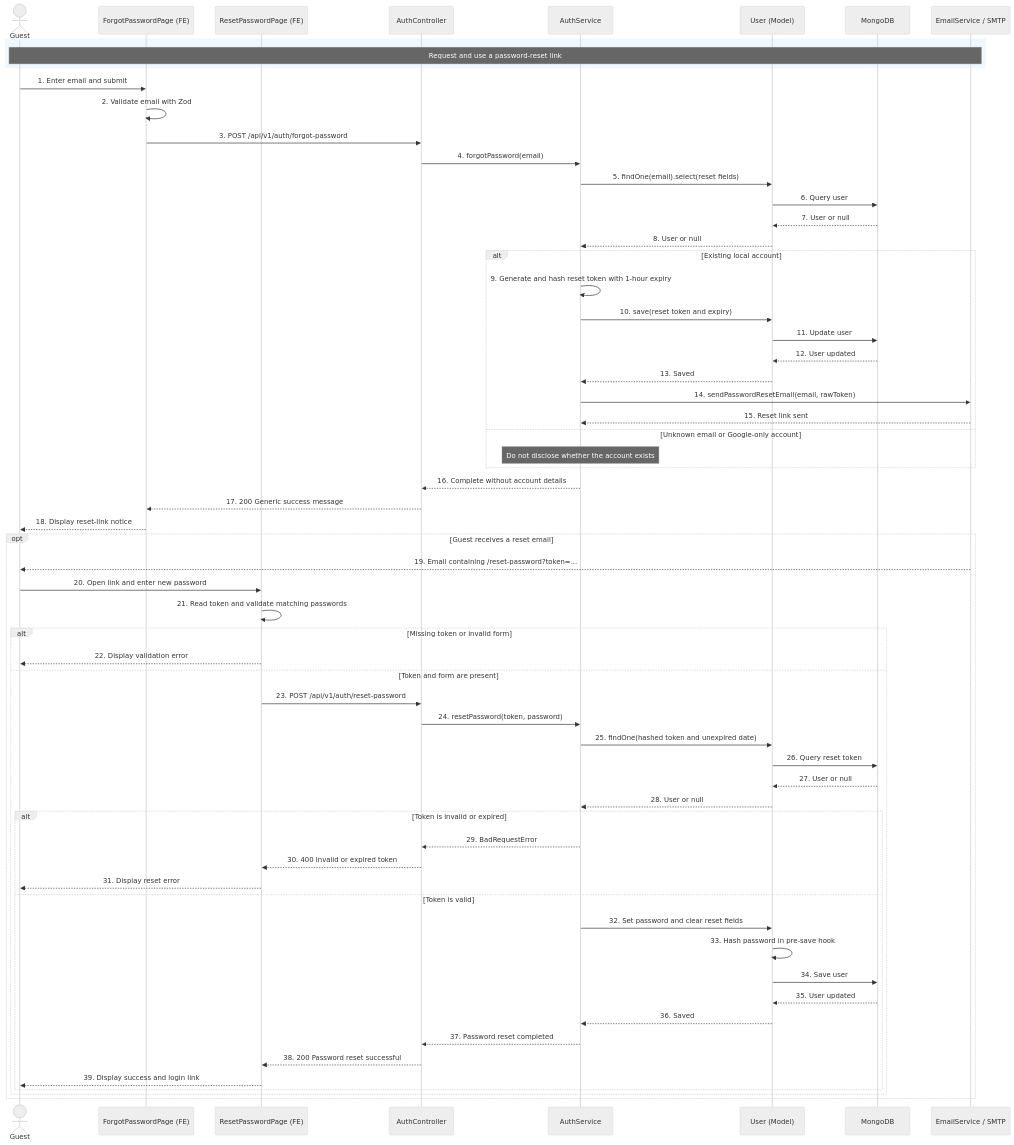
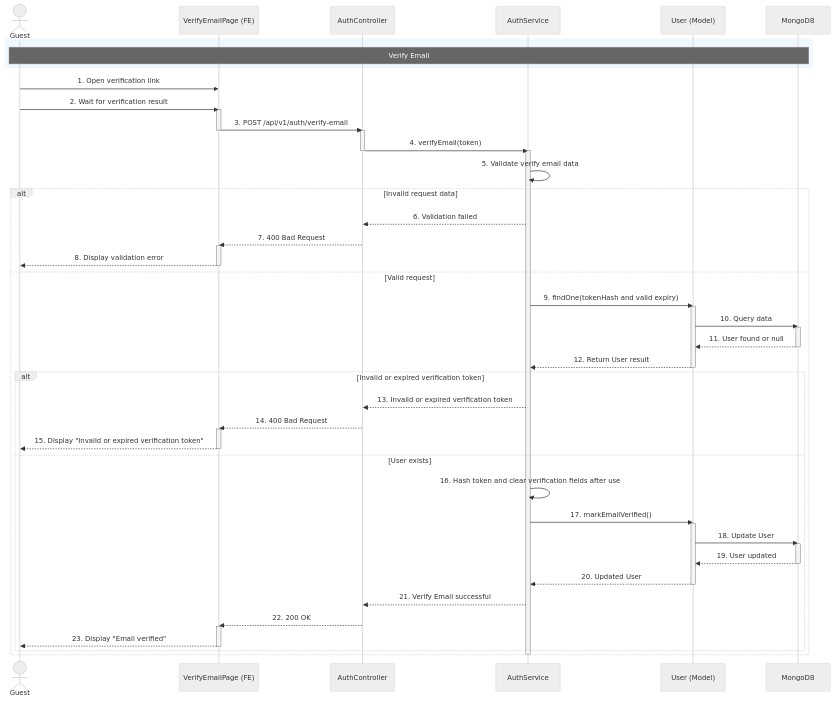
Before and after one commit to SUMMER2026SE/wdp301-rbl-project-wdp_se18d08_group-5: the eighth of 60 diagrams in docs/19_Detailed_Design.md, drawn with Mermaid (neutral theme). The commit also changed other lines of this file, not shown here.

````diff
--- a/docs/19_Detailed_Design.md
+++ b/docs/19_Detailed_Design.md
@@ -426,72 +574,71 @@
 ```mermaid
 sequenceDiagram
-    actor Guest
-    participant ForgotFE as ForgotPasswordPage (FE)
-    participant ResetFE as ResetPasswordPage (FE)
+    actor A as Guest
+    participant FE as VerifyEmailPage (FE)
     participant Ctrl as AuthController
     participant Svc as AuthService
     participant Model as User (Model)
     participant DB as MongoDB
-    participant Mail as EmailService / SMTP
 
     rect rgb(240,248,255)
-        Note over Guest,Mail: Request and use a password-reset link
+        Note over A,DB: Verify Email
     end
 
-    Guest->>ForgotFE: 1. Enter email and submit
-    ForgotFE->>ForgotFE: 2. Validate email with Zod
-    ForgotFE->>Ctrl: 3. POST /api/v1/auth/forgot-password
-    Ctrl->>Svc: 4. forgotPassword(email)
-    Svc->>Model: 5. findOne(email).select(reset fields)
-    Model->>DB: 6. Query user
-    DB-->>Model: 7. User or null
-    Model-->>Svc: 8. User or null
+    A->>FE: 1. Open verification link
+    A->>FE: 2. Wait for verification result
 
-    alt Existing local account
-        Svc->>Svc: 9. Generate and hash reset token with 1-hour expiry
-        Svc->>Model: 10. save(reset token and expiry)
-        Model->>DB: 11. Update user
-        DB-->>Model: 12. User updated
-        Model-->>Svc: 13. Saved
-        Svc->>Mail: 14. sendPasswordResetEmail(email, rawToken)
-        Mail-->>Svc: 15. Reset link sent
-    else Unknown email or Google-only account
-        Note over Svc: Do not disclose whether the account exists
+    activate FE
+    FE->>Ctrl: 3. POST /api/v1/auth/verify-email
+    deactivate FE
+
+    activate Ctrl
+    Ctrl->>Svc: 4. verifyEmail(token)
+    deactivate Ctrl
+
+    activate Svc
+    Svc->>Svc: 5. Validate verify email data
+
+    alt Invalid request data
+        Svc-->>Ctrl: 6. Validation failed
+        Ctrl-->>FE: 7. 400 Bad Request
+        activate FE
+        FE-->>A: 8. Display validation error
+        deactivate FE
+
+    else Valid request
+        Svc->>Model: 9. findOne(tokenHash and valid expiry)
+        activate Model
+        Model->>DB: 10. Query data
+        activate DB
+        DB-->>Model: 11. User found or null
+        deactivate DB
+        Model-->>Svc: 12. Return User result
+        deactivate Model
+
+        alt Invalid or expired verification token
+            Svc-->>Ctrl: 13. Invalid or expired verification token
+            Ctrl-->>FE: 14. 400 Bad Request
+            activate FE
+            FE-->>A: 15. Display "Invalid or expired verification token"
+            deactivate FE
+
+        else User exists
+            Svc->>Svc: 16. Hash token and clear verification fields after use
+            Svc->>Model: 17. markEmailVerified()
+            activate Model
+            Model->>DB: 18. Update User
+            activate DB
+            DB-->>Model: 19. User updated
+            deactivate DB
+            Model-->>Svc: 20. Updated User
+            deactivate Model
+            Svc-->>Ctrl: 21. Verify Email successful
+            Ctrl-->>FE: 22. 200 OK
+            activate FE
+            FE-->>A: 23. Display "Email verified"
+            deactivate FE
+        end
     end
 
-    Svc-->>Ctrl: 16. Complete without account details
-    Ctrl-->>ForgotFE: 17. 200 Generic success message
-    ForgotFE-->>Guest: 18. Display reset-link notice
-
-    opt Guest receives a reset email
-        Mail-->>Guest: 19. Email containing /reset-password?token=...
-        Guest->>ResetFE: 20. Open link and enter new password
-        ResetFE->>ResetFE: 21. Read token and validate matching passwords
-
-        alt Missing token or invalid form
-            ResetFE-->>Guest: 22. Display validation error
-        else Token and form are present
-            ResetFE->>Ctrl: 23. POST /api/v1/auth/reset-password
-            Ctrl->>Svc: 24. resetPassword(token, password)
-            Svc->>Model: 25. findOne(hashed token and unexpired date)
-            Model->>DB: 26. Query reset token
-            DB-->>Model: 27. User or null
-            Model-->>Svc: 28. User or null
-
-            alt Token is invalid or expired
-                Svc-->>Ctrl: 29. BadRequestError
-                Ctrl-->>ResetFE: 30. 400 Invalid or expired token
-                ResetFE-->>Guest: 31. Display reset error
-            else Token is valid
-                Svc->>Model: 32. Set password and clear reset fields
-                Model->>Model: 33. Hash password in pre-save hook
-                Model->>DB: 34. Save user
-                DB-->>Model: 35. User updated
-                Model-->>Svc: 36. Saved
-                Svc-->>Ctrl: 37. Password reset completed
-                Ctrl-->>ResetFE: 38. 200 Password reset successful
-                ResetFE-->>Guest: 39. Display success and login link
-            end
-        end
-    end
+    deactivate Svc
 ```
````
